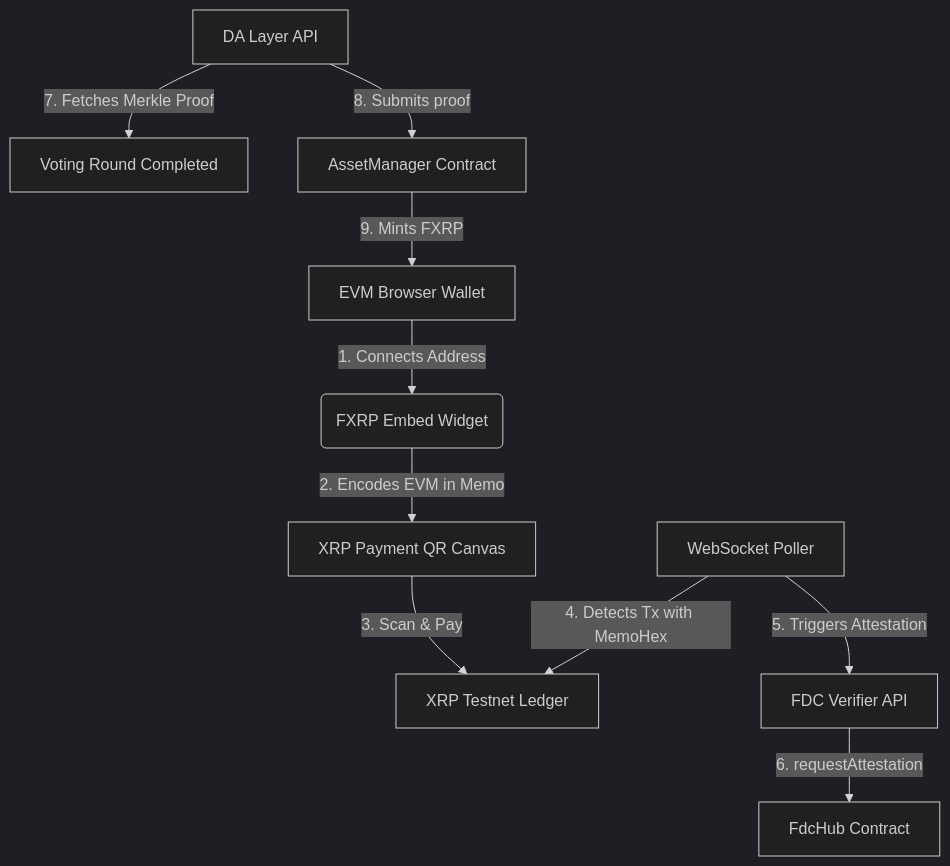
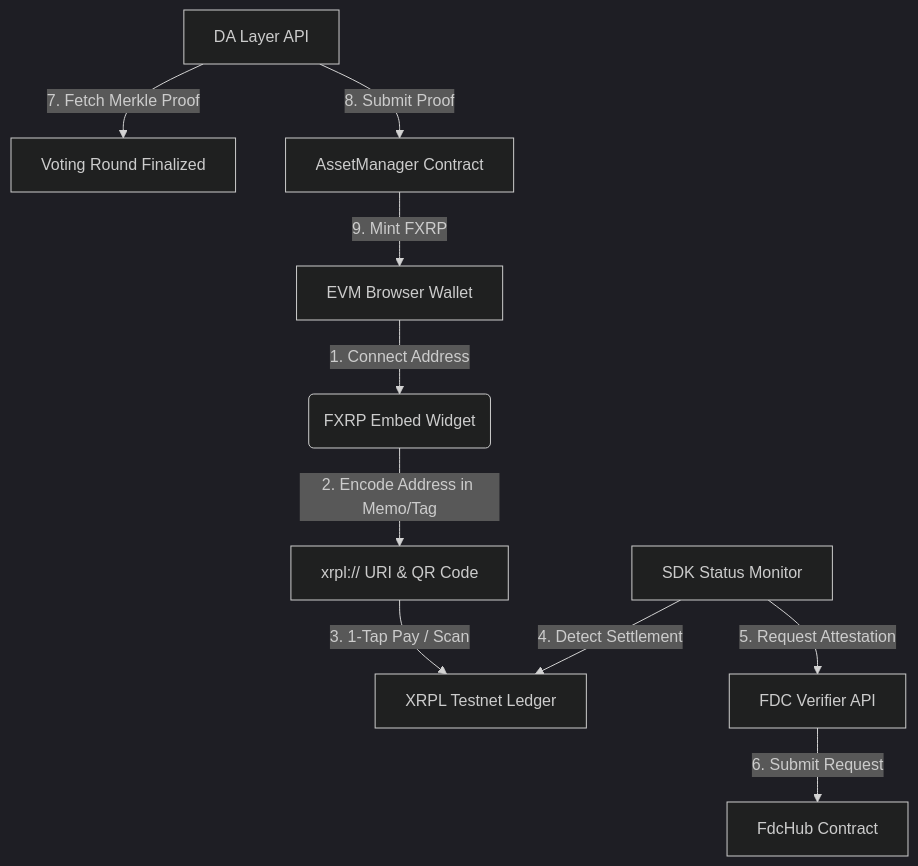
The diagram in SUBMISSION.md (Timothyfranx/flux), drawn with Mermaid (dark theme) before and after one commit. The commit also changed other lines of this file, not shown here.

````diff
--- a/SUBMISSION.md
+++ b/SUBMISSION.md
@@ -33,12 +40,12 @@
 ```mermaid
 graph TD
-    A[EVM Browser Wallet] -->|1. Connects Address| B(FXRP Embed Widget)
-    B -->|2. Encodes EVM in Memo| C[XRP Payment QR Canvas]
-    C -->|3. Scan & Pay| D[XRP Testnet Ledger]
-    E[WebSocket Poller] -->|4. Detects Tx with MemoHex| D
-    E -->|5. Triggers Attestation| F[FDC Verifier API]
-    F -->|6. requestAttestation| G[FdcHub Contract]
-    H[DA Layer API] -->|7. Fetches Merkle Proof| I[Voting Round Completed]
-    H -->|8. Submits proof| J[AssetManager Contract]
-    J -->|9. Mints FXRP| A
+    A[EVM Browser Wallet] -->|1. Connect Address| B(FXRP Embed Widget)
+    B -->|2. Encode Address in Memo/Tag| C[xrpl:// URI & QR Code]
+    C -->|3. 1-Tap Pay / Scan| D[XRPL Testnet Ledger]
+    E[SDK Status Monitor] -->|4. Detect Settlement| D
+    E -->|5. Request Attestation| F[FDC Verifier API]
+    F -->|6. Submit Request| G[FdcHub Contract]
+    H[DA Layer API] -->|7. Fetch Merkle Proof| I[Voting Round Finalized]
+    H -->|8. Submit Proof| J[AssetManager Contract]
+    J -->|9. Mint FXRP| A
 ```
````
